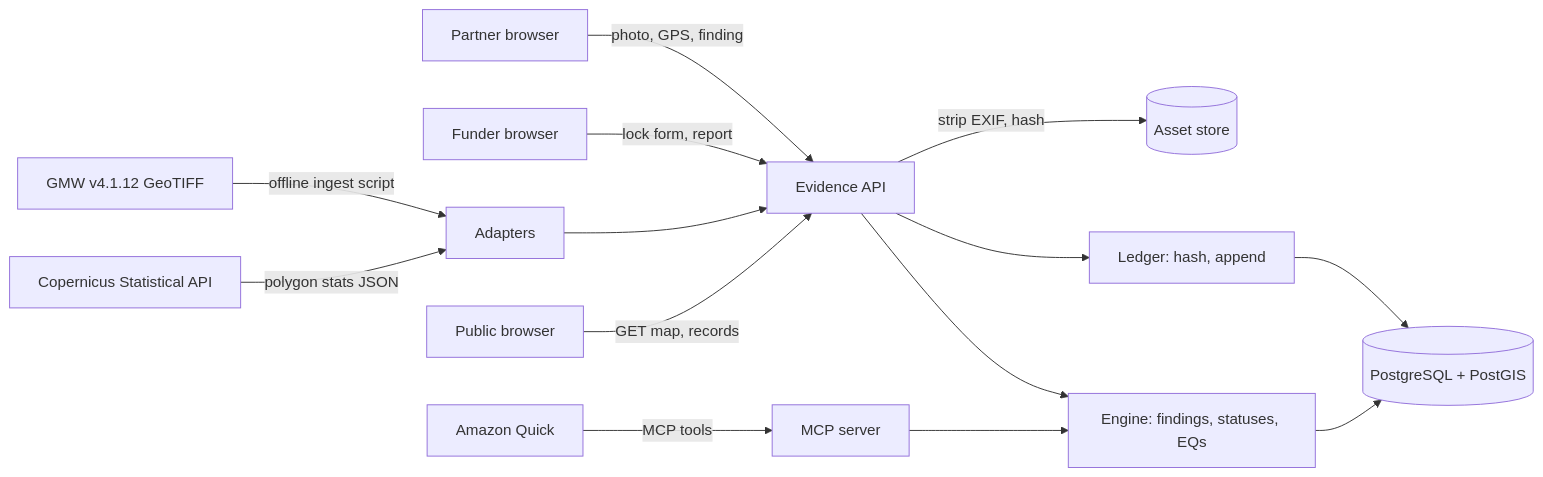
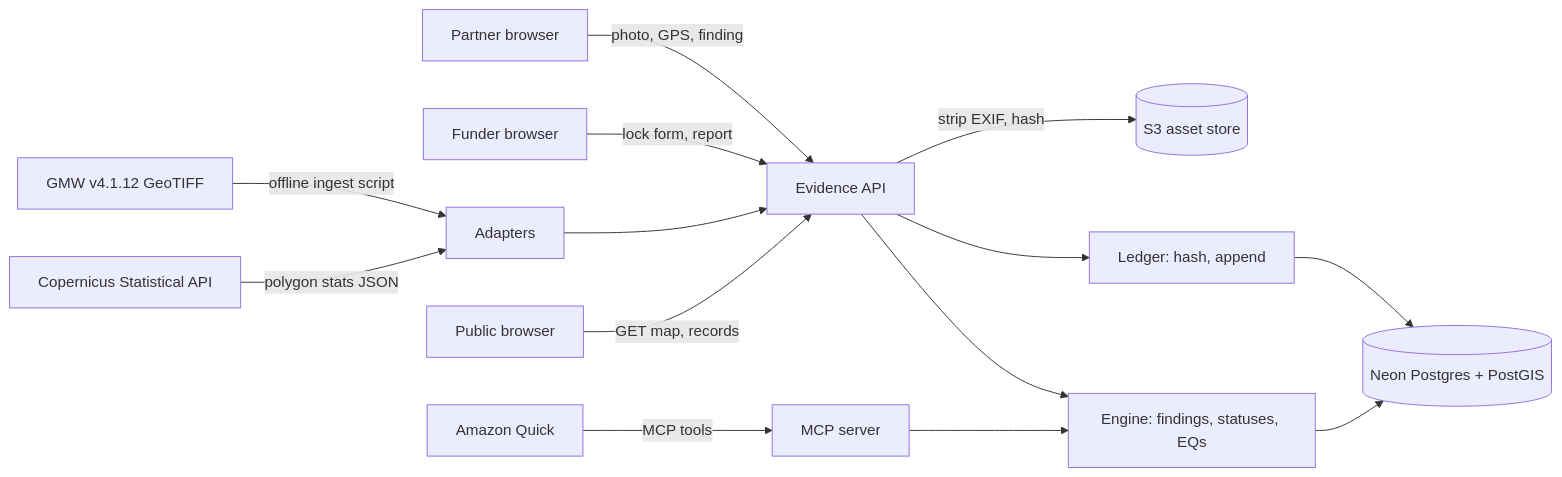
The second of 3 diagrams in docs/system-design.md (DavidBatoDev/mangrove), drawn with Mermaid before and after one commit. The commit also changed other lines of this file and 29 other files, not shown here.

````diff
--- a/docs/system-design.md
+++ b/docs/system-design.md
@@ -62,16 +68,16 @@
 ```mermaid
 flowchart LR
   GMWF[GMW v4.1.12 GeoTIFF] -->|offline ingest script| ADP[Adapters]
   CDSE[Copernicus Statistical API] -->|polygon stats JSON| ADP
   Partner[Partner browser] -->|photo, GPS, finding| API[Evidence API]
   Funder[Funder browser] -->|lock form, report| API
   ADP --> API
-  API -->|strip EXIF, hash| Files[(Asset store)]
+  API -->|strip EXIF, hash| Files[(S3 asset store)]
   API --> ENG[Engine: findings, statuses, EQs]
   API --> LED[Ledger: hash, append]
-  LED --> DB[(PostgreSQL + PostGIS)]
+  LED --> DB[(Neon Postgres + PostGIS)]
   ENG --> DB
   Public[Public browser] -->|GET map, records| API
   Quick[Amazon Quick] -->|MCP tools| MCP[MCP server]
   MCP --> ENG
 ```
````
